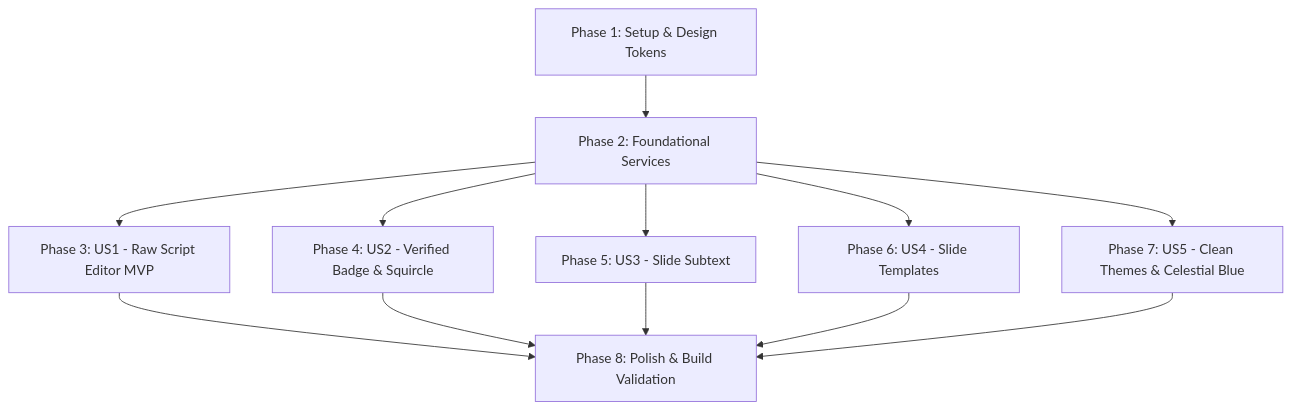
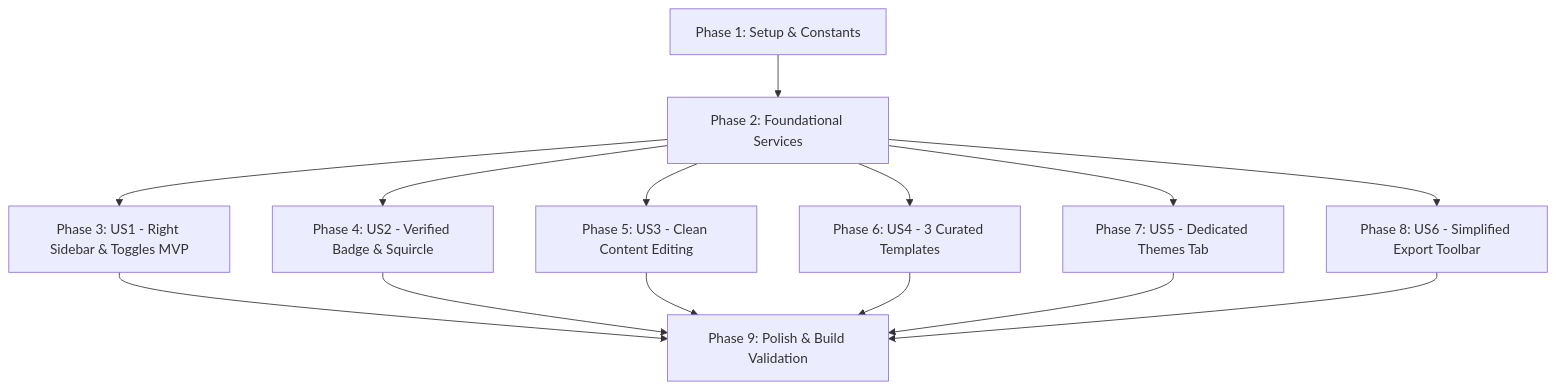
Before and after one commit to piressktrr/carousel-generator: the diagram in specs/003-slide-templates-branding/tasks.md, drawn with Mermaid. The commit also changed other lines of this file, not shown here.

Commit message:
docs(tasks): generate refined task list for right sidebar, 3 templates, themes tab, and simplified export

````diff
--- a/specs/003-slide-templates-branding/tasks.md
+++ b/specs/003-slide-templates-branding/tasks.md
@@ -133,14 +145,16 @@
 ```mermaid
 graph TD
-    Phase1[Phase 1: Setup & Design Tokens] --> Phase2[Phase 2: Foundational Services]
-    Phase2 --> Phase3[Phase 3: US1 - Raw Script Editor MVP]
+    Phase1[Phase 1: Setup & Constants] --> Phase2[Phase 2: Foundational Services]
+    Phase2 --> Phase3[Phase 3: US1 - Right Sidebar & Toggles MVP]
     Phase2 --> Phase4[Phase 4: US2 - Verified Badge & Squircle]
-    Phase2 --> Phase5[Phase 5: US3 - Slide Subtext]
-    Phase2 --> Phase6[Phase 6: US4 - Slide Templates]
-    Phase2 --> Phase7[Phase 7: US5 - Clean Themes & Celestial Blue]
-    Phase3 --> Phase8[Phase 8: Polish & Build Validation]
-    Phase4 --> Phase8
-    Phase5 --> Phase8
-    Phase6 --> Phase8
-    Phase7 --> Phase8
+    Phase2 --> Phase5[Phase 5: US3 - Clean Content Editing]
+    Phase2 --> Phase6[Phase 6: US4 - 3 Curated Templates]
+    Phase2 --> Phase7[Phase 7: US5 - Dedicated Themes Tab]
+    Phase2 --> Phase8[Phase 8: US6 - Simplified Export Toolbar]
+    Phase3 --> Phase9[Phase 9: Polish & Build Validation]
+    Phase4 --> Phase9
+    Phase5 --> Phase9
+    Phase6 --> Phase9
+    Phase7 --> Phase9
+    Phase8 --> Phase9
 ```
````
